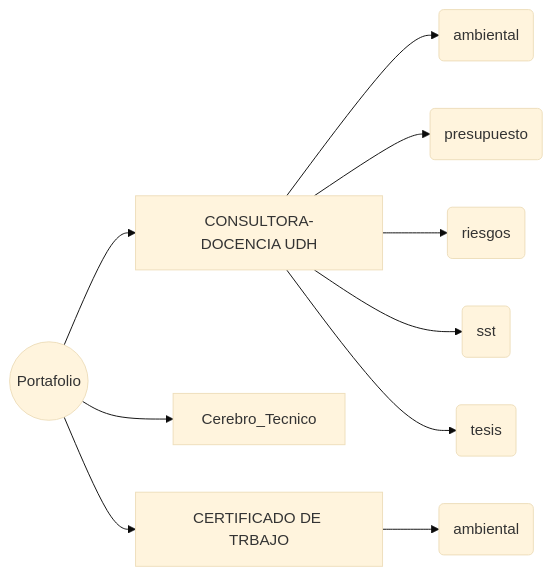
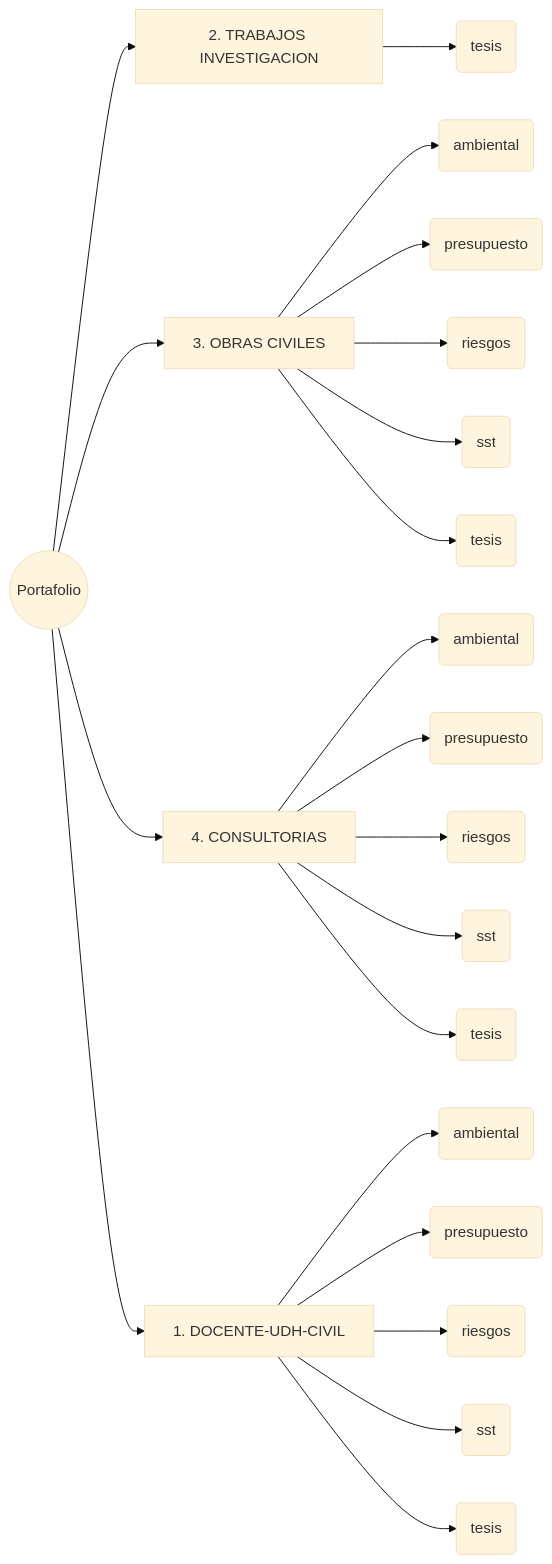
Before and after one commit to miguelordoneztoledo-stack/cerebro-tecnico: the diagram in 01_Proyectos/Briefing_Portafolio.md, drawn with Mermaid (base theme). The commit also changed other lines of this file and 10 other files, not shown here.

````diff
--- a/01_Proyectos/Briefing_Portafolio.md
+++ b/01_Proyectos/Briefing_Portafolio.md
@@ -43,13 +41,24 @@
 ```mermaid
 flowchart LR
     P((Portafolio))
-    P --> N0["CONSULTORA-DOCENCIA UDH"]
-    N0 --> N0_0(ambiental)
-    N0 --> N0_1(presupuesto)
-    N0 --> N0_2(riesgos)
-    N0 --> N0_3(sst)
-    N0 --> N0_4(tesis)
-    P --> N1["Cerebro_Tecnico"]
-    P --> N2["CERTIFICADO DE TRBAJO"]
+    P --> N0["2. TRABAJOS INVESTIGACION"]
+    N0 --> N0_0(tesis)
+    P --> N1["3. OBRAS CIVILES"]
+    N1 --> N1_0(ambiental)
+    N1 --> N1_1(presupuesto)
+    N1 --> N1_2(riesgos)
+    N1 --> N1_3(sst)
+    N1 --> N1_4(tesis)
+    P --> N2["4. CONSULTORIAS"]
     N2 --> N2_0(ambiental)
+    N2 --> N2_1(presupuesto)
+    N2 --> N2_2(riesgos)
+    N2 --> N2_3(sst)
+    N2 --> N2_4(tesis)
+    P --> N3["1. DOCENTE-UDH-CIVIL"]
+    N3 --> N3_0(ambiental)
+    N3 --> N3_1(presupuesto)
+    N3 --> N3_2(riesgos)
+    N3 --> N3_3(sst)
+    N3 --> N3_4(tesis)
 ```
````
